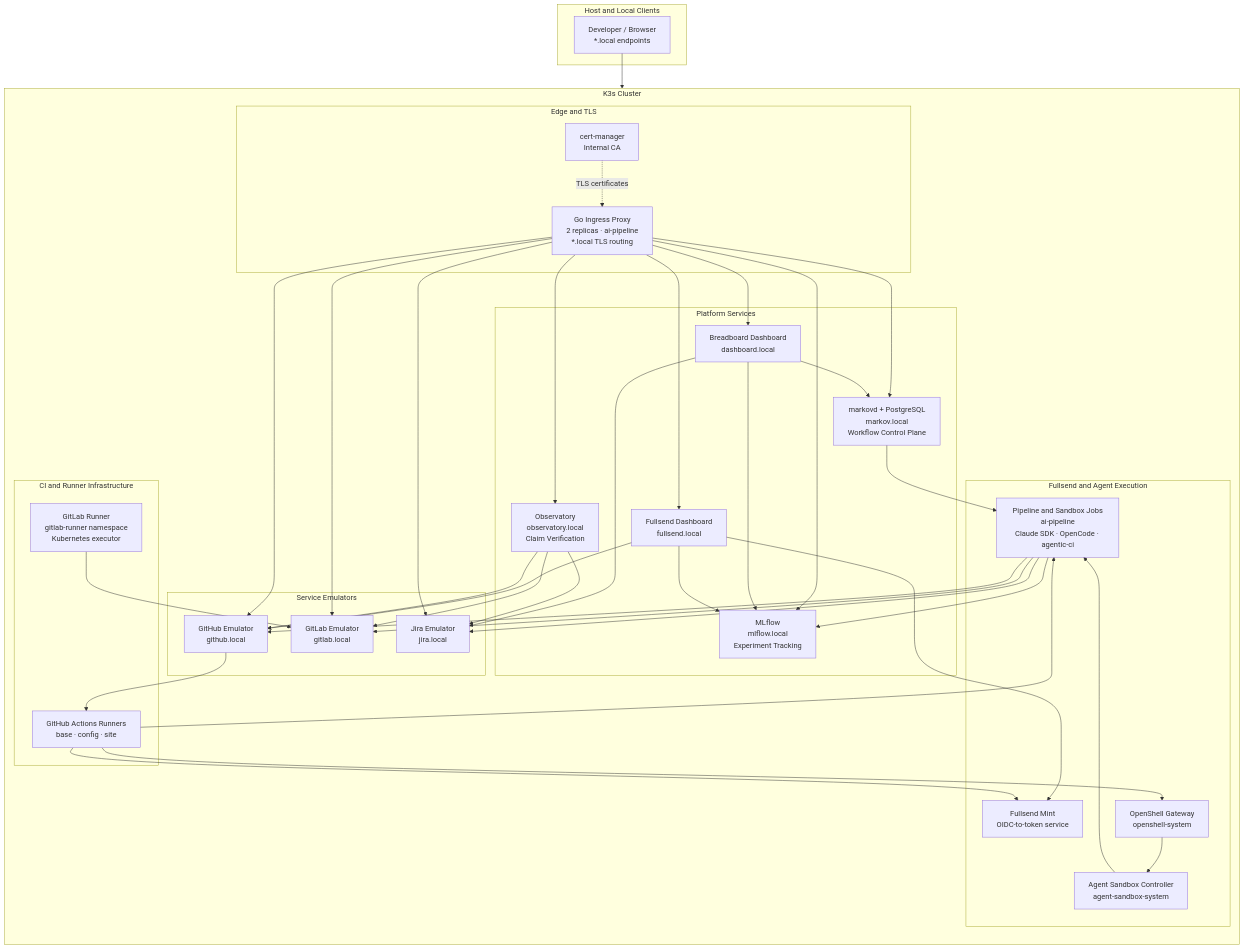
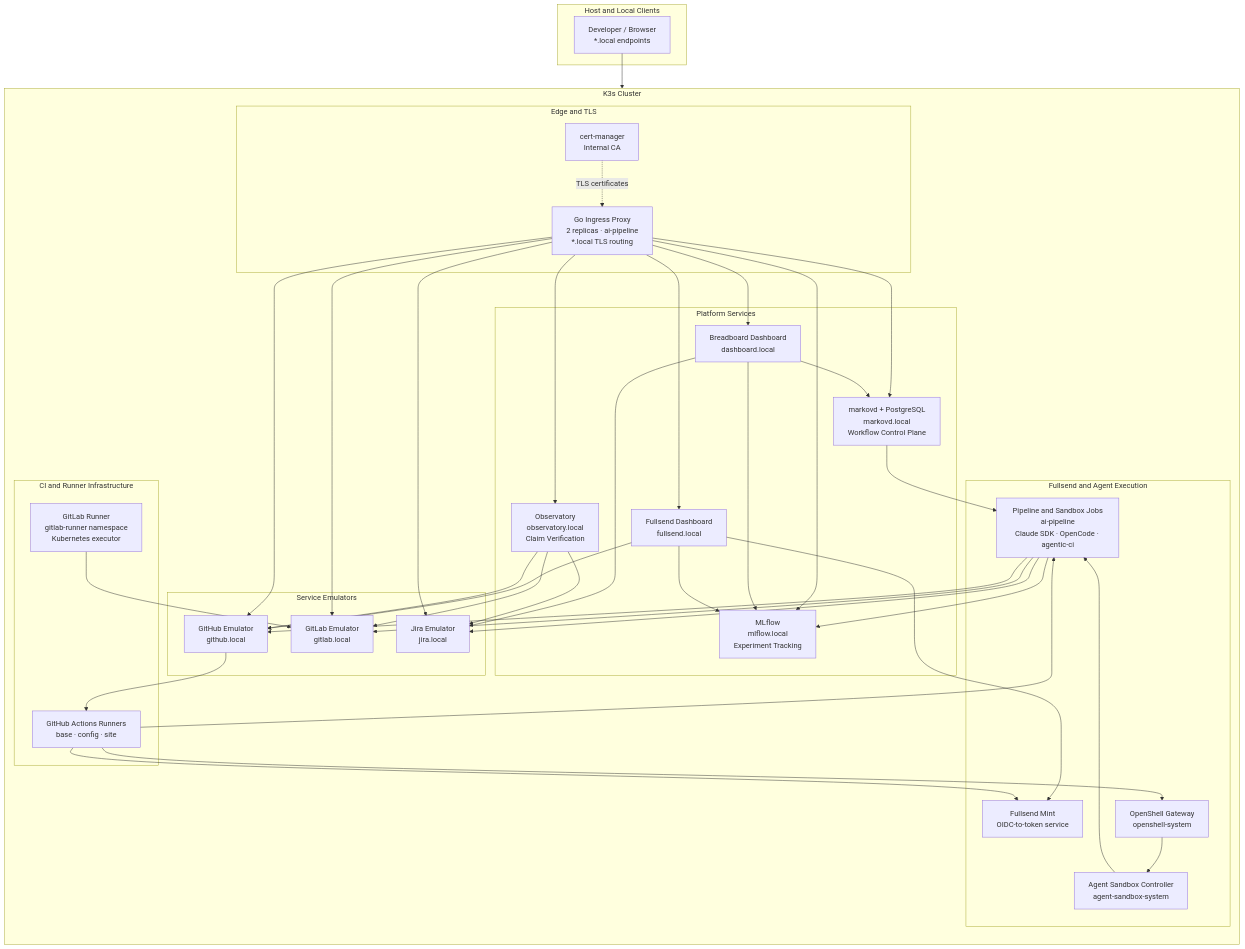
The diagram in README.md (jctanner/breadboard), drawn with Mermaid before and after one commit. The commit also changed other lines of this file and 2 other files, not shown here.

Commit message:
Ledger and docs: Markov/markovd gaps closed; markovd.local hostname

````diff
--- a/README.md
+++ b/README.md
@@ -61,58 +61,58 @@
 ```mermaid
 graph TB
     subgraph host["Host and Local Clients"]
         clients["Developer / Browser<br/>*.local endpoints"]
     end
 
     subgraph k3s["K3s Cluster"]
         direction TB
 
         subgraph edge["Edge and TLS"]
             proxy["Go Ingress Proxy<br/>2 replicas · ai-pipeline<br/>*.local TLS routing"]
             certmgr["cert-manager<br/>Internal CA"]
         end
 
         subgraph core["Platform Services"]
             dashboard["Breadboard Dashboard<br/>dashboard.local"]
             fullsend_dashboard["Fullsend Dashboard<br/>fullsend.local"]
-            markov["markovd + PostgreSQL<br/>markov.local<br/>Workflow Control Plane"]
+            markov["markovd + PostgreSQL<br/>markovd.local<br/>Workflow Control Plane"]
             mlflow["MLflow<br/>mlflow.local<br/>Experiment Tracking"]
             observatory["Observatory<br/>observatory.local<br/>Claim Verification"]
         end
 
         subgraph emulators["Service Emulators"]
             github["GitHub Emulator<br/>github.local"]
             gitlab["GitLab Emulator<br/>gitlab.local"]
             jira["Jira Emulator<br/>jira.local"]
         end
 
         subgraph runners["CI and Runner Infrastructure"]
             actions["GitHub Actions Runners<br/>base · config · site"]
             gitlab_runner["GitLab Runner<br/>gitlab-runner namespace<br/>Kubernetes executor"]
         end
 
         subgraph fullsend["Fullsend and Agent Execution"]
             mint["Fullsend Mint<br/>OIDC-to-token service"]
             openshell["OpenShell Gateway<br/>openshell-system"]
             sandbox_controller["Agent Sandbox Controller<br/>agent-sandbox-system"]
             jobs["Pipeline and Sandbox Jobs<br/>ai-pipeline<br/>Claude SDK · OpenCode · agentic-ci"]
         end
 
     end
 
     clients --> proxy
     proxy --> dashboard & fullsend_dashboard & mlflow & markov & observatory
     proxy --> github & gitlab & jira
     dashboard --> jira & mlflow & markov
     fullsend_dashboard --> github & mint & mlflow
     markov --> jobs
     jobs --> jira & github & gitlab & mlflow
     github --> actions
     actions --> mint & openshell
     actions --> jobs
     openshell --> sandbox_controller
     sandbox_controller --> jobs
     gitlab_runner --> gitlab
     observatory --> github & gitlab & jira
     certmgr -.->|TLS certificates| proxy
 ```
````
